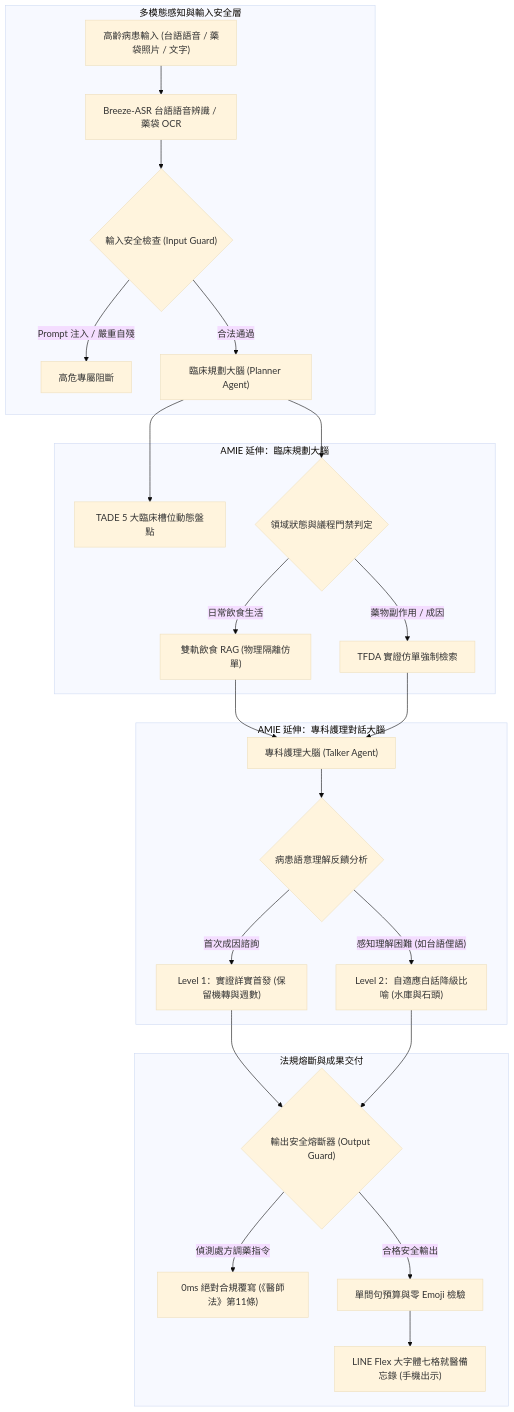
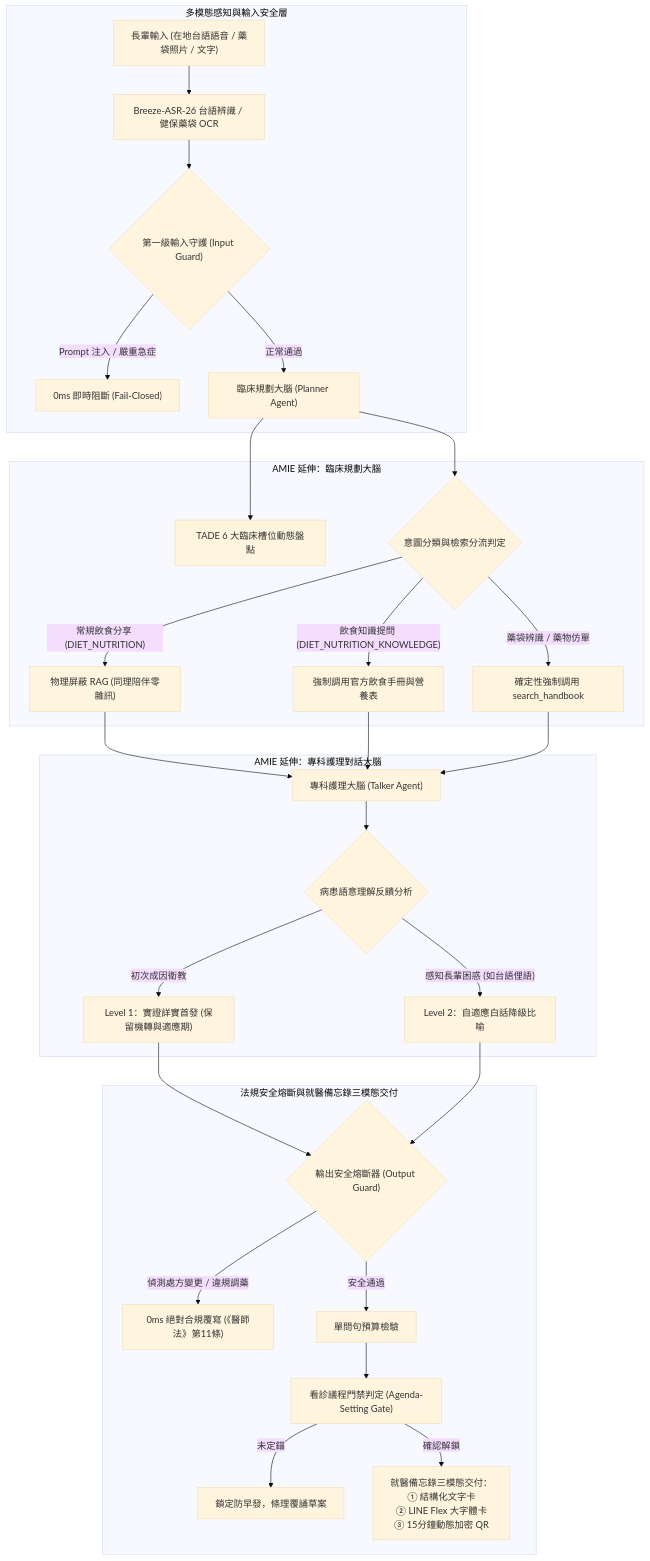
One commit to Dolly0625/diabetes-education-llm-ablation changed the diagram in docs/presentation_and_conference_report.md. Above: the diagram before and after it, drawn with Mermaid (base theme). The commit also changed other lines of this file and 33 other files, not shown here.

````diff
--- a/docs/presentation_and_conference_report.md
+++ b/docs/presentation_and_conference_report.md
@@ -228,32 +315,36 @@
 ```mermaid
 flowchart TD
     subgraph Sensing_Layer ["多模態感知與輸入安全層"]
-        A["高齡病患輸入 (台語語音 / 藥袋照片 / 文字)"] --> B["Breeze-ASR 台語語音辨識 / 藥袋 OCR"]
-        B --> C{"輸入安全檢查 (Input Guard)"}
-        C -- "Prompt 注入 / 嚴重自殘" --> D["高危專屬阻斷"]
-        C -- "合法通過" --> E["臨床規劃大腦 (Planner Agent)"]
+        A["長輩輸入 (在地台語語音 / 藥袋照片 / 文字)"] --> B["Breeze-ASR-26 台語辨識 / 健保藥袋 OCR"]
+        B --> C{"第一級輸入守護 (Input Guard)"}
+        C -- "Prompt 注入 / 嚴重急症" --> D["0ms 即時阻斷 (Fail-Closed)"]
+        C -- "正常通過" --> E["臨床規劃大腦 (Planner Agent)"]
     end
 
     subgraph Planning_Layer ["AMIE 延伸：臨床規劃大腦"]
-        E --> F["TADE 5 大臨床槽位動態盤點"]
-        E --> G{"領域狀態與議程門禁判定"}
-        G -- "日常飲食生活" --> H["雙軌飲食 RAG (物理隔離仿單)"]
-        G -- "藥物副作用 / 成因" --> I["TFDA 實證仿單強制檢索"]
+        E --> F["TADE 6 大臨床槽位動態盤點"]
+        E --> G{"意圖分類與檢索分流判定"}
+        G -- "常規飲食分享 (DIET_NUTRITION)" --> H["物理屏蔽 RAG (同理陪伴零雜訊)"]
+        G -- "飲食知識提問 (DIET_NUTRITION_KNOWLEDGE)" --> I["強制調用官方飲食手冊與營養表"]
+        G -- "藥袋辨識 / 藥物仿單" --> J["確定性強制調用 search_handbook"]
     end
 
     subgraph Empathy_Layer ["AMIE 延伸：專科護理對話大腦"]
-        H --> J["專科護理大腦 (Talker Agent)"]
-        I --> J
-        J --> K{"病患語意理解反饋分析"}
-        K -- "首次成因諮詢" --> L["Level 1：實證詳實首發 (保留機轉與週數)"]
-        K -- "感知理解困難 (如台語俚語)" --> M["Level 2：自適應白話降級比喻 (水庫與石頭)"]
+        H --> K["專科護理大腦 (Talker Agent)"]
+        I --> K
+        J --> K
+        K --> L{"病患語意理解反饋分析"}
+        L -- "初次成因衛教" --> M["Level 1：實證詳實首發 (保留機轉與適應期)"]
+        L -- "感知長輩困惑 (如台語俚語)" --> N["Level 2：自適應白話降級比喻"]
     end
 
-    subgraph Guard_Layer ["法規熔斷與成果交付"]
-        L --> N{"輸出安全熔斷器 (Output Guard)"}
-        M --> N
-        N -- "偵測處方調藥指令" --> O["0ms 絕對合規覆寫 (《醫師法》第11條)"]
-        N -- "合格安全輸出" --> P["單問句預算與零 Emoji 檢驗"]
-        P --> Q["LINE Flex 大字體七格就醫備忘錄 (手機出示)"]
+    subgraph Guard_Layer ["法規安全熔斷與就醫備忘錄三模態交付"]
+        M --> O{"輸出安全熔斷器 (Output Guard)"}
+        N --> O
+        O -- "偵測處方變更 / 違規調藥" --> P["0ms 絕對合規覆寫 (《醫師法》第11條)"]
+        O -- "安全通過" --> Q["單問句預算檢驗"]
+        Q --> R["看診議程門禁判定 (Agenda-Setting Gate)"]
+        R -- "未定錨" --> S["鎖定防早發，條理覆誦草案"]
+        R -- "確認解鎖" --> T["就醫備忘錄三模態交付：\n① 結構化文字卡\n② LINE Flex 大字體卡\n③ 15分鐘動態加密 QR"]
     end
 ```
````
